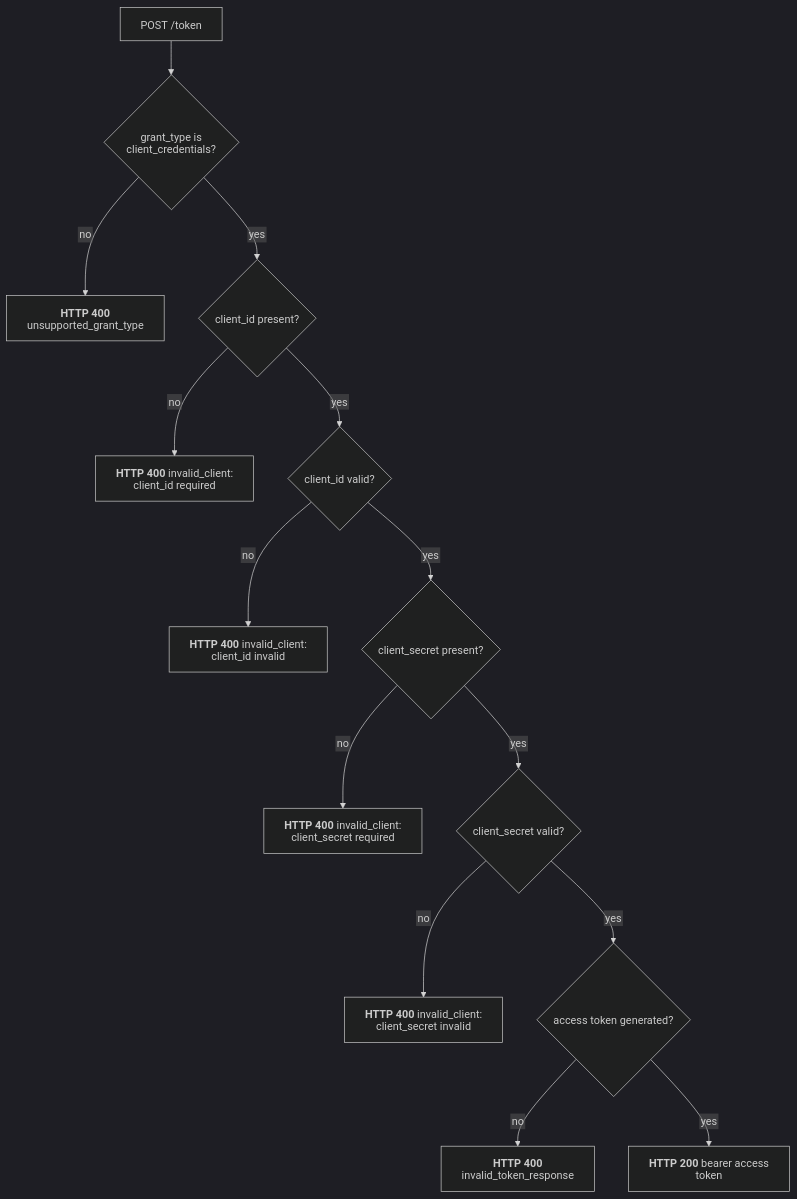
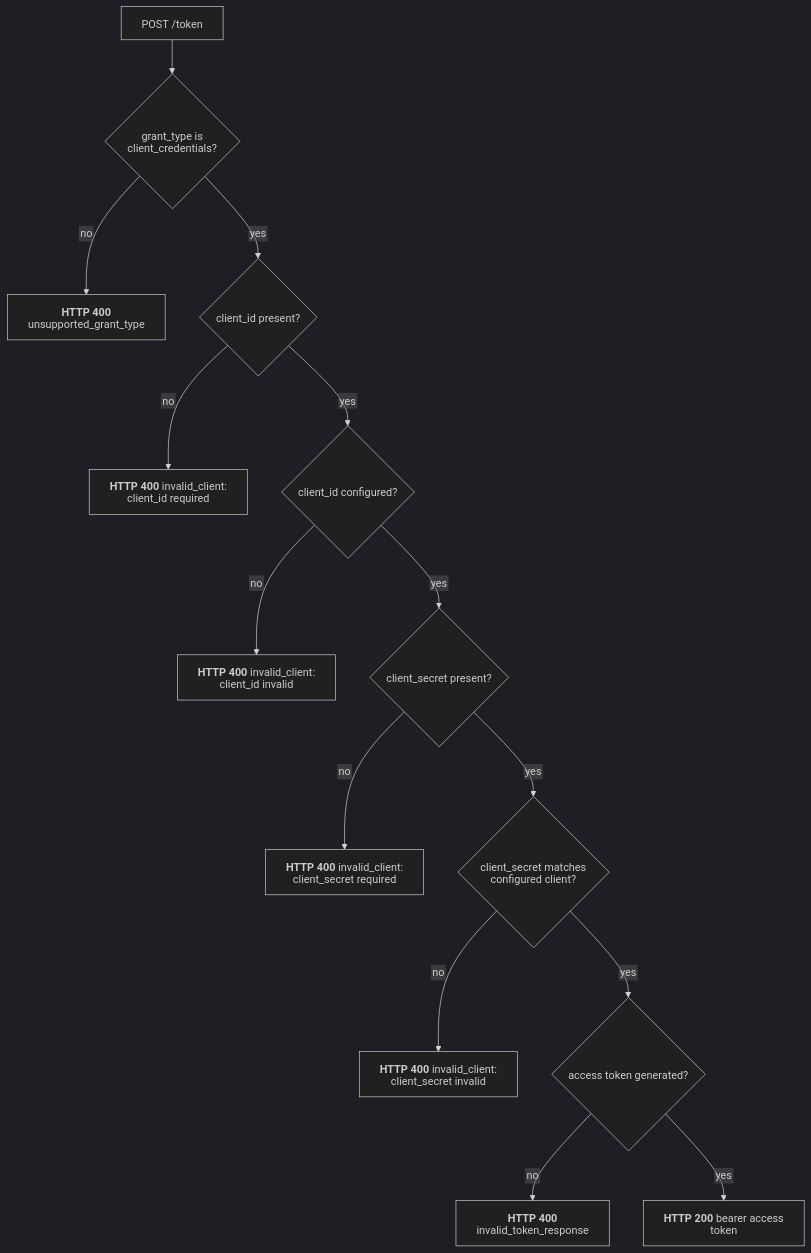
Before and after one commit to malach-it/kagome: the diagram in docs/flows/oauth/client_credentials.mmd, drawn with Mermaid (dark theme). The commit also changed 39 other files, not shown here.

```diff
--- a/docs/flows/oauth/client_credentials.mmd
+++ b/docs/flows/oauth/client_credentials.mmd
@@ -1,15 +1,15 @@
 %%{init: {"htmlLabels": false, "flowchart": {"htmlLabels": false}}}%%
 flowchart TD
     start[POST /token] --> grant{grant_type is client_credentials?}
     grant -- no --> unsupported["`**HTTP 400** unsupported_grant_type`"]
     grant -- yes --> client_id{client_id present?}
     client_id -- no --> missing_client["`**HTTP 400** invalid_client: client_id required`"]
-    client_id -- yes --> client_valid{client_id valid?}
+    client_id -- yes --> client_valid{client_id configured?}
     client_valid -- no --> invalid_client["`**HTTP 400** invalid_client: client_id invalid`"]
     client_valid -- yes --> secret{client_secret present?}
     secret -- no --> missing_secret["`**HTTP 400** invalid_client: client_secret required`"]
-    secret -- yes --> secret_valid{client_secret valid?}
+    secret -- yes --> secret_valid{client_secret matches configured client?}
     secret_valid -- no --> invalid_secret["`**HTTP 400** invalid_client: client_secret invalid`"]
     secret_valid -- yes --> generate{access token generated?}
     generate -- no --> generation_error["`**HTTP 400** invalid_token_response`"]
     generate -- yes --> success["`**HTTP 200** bearer access token`"]
```
